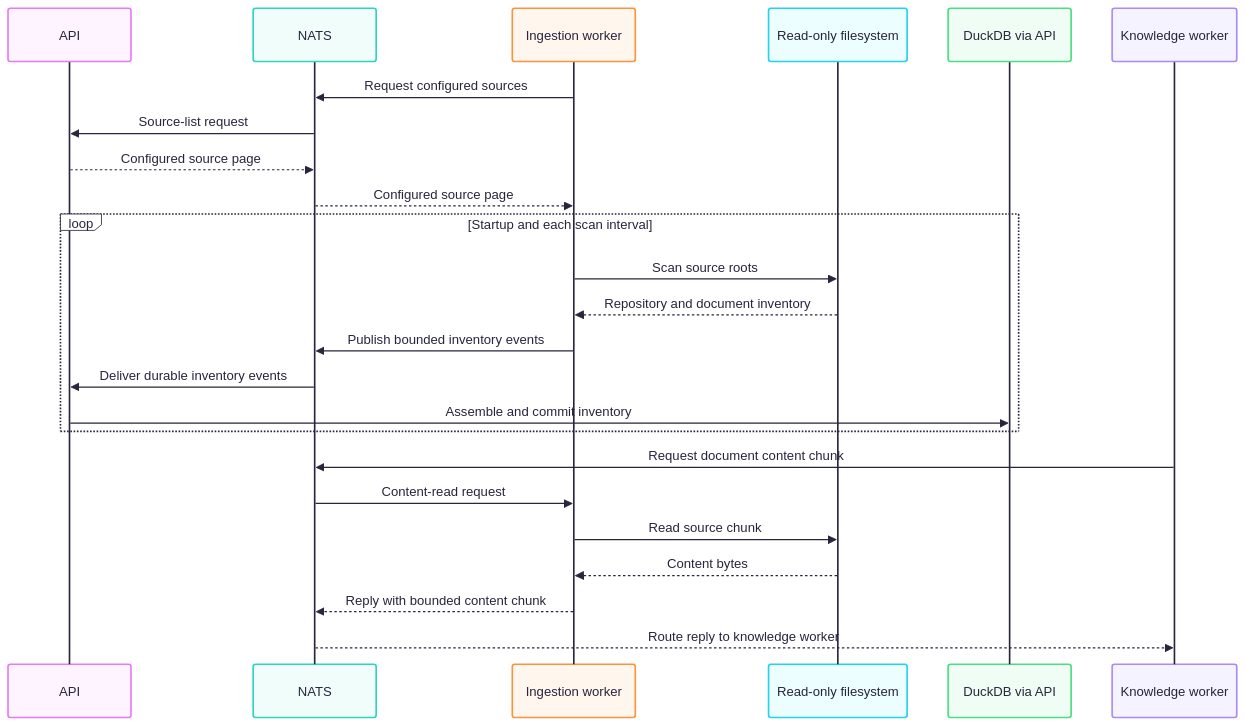
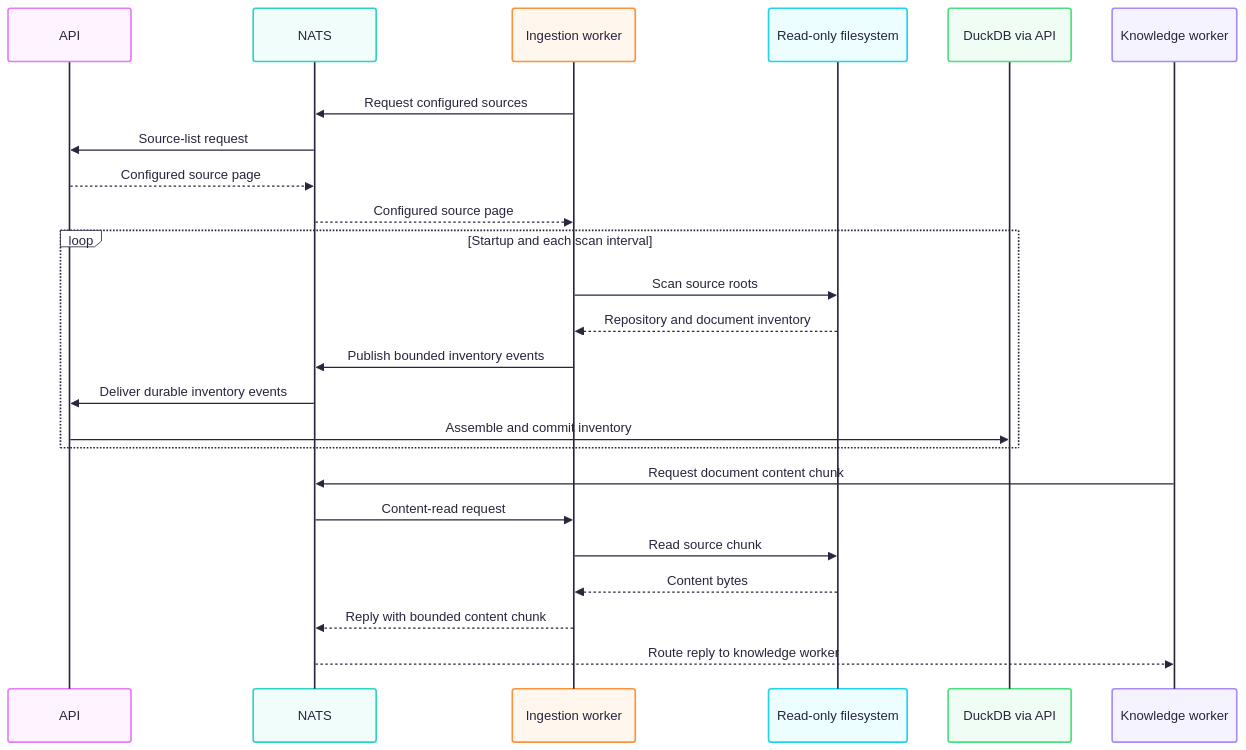
Before and after one commit to chrisob55/workspace-brain: the diagram in apps/ingestion-worker/README.md, drawn with Mermaid. The commit also changed 11 other files, not shown here.

First line of the commit message:
docs(architecture): add opaque white diagram backdrops

````diff
--- a/apps/ingestion-worker/README.md
+++ b/apps/ingestion-worker/README.md
@@ -9,32 +9,34 @@
 ```mermaid
 ---
 config:
   theme: redux-color
   themeVariables:
     background: '#ffffff'
 ---
 sequenceDiagram
   participant API as API
   participant Bus as NATS
   participant Worker as Ingestion worker
   participant FS as Read-only filesystem
   participant DB as DuckDB via API
   participant Knowledge as Knowledge worker
-  Worker->>Bus: Request configured sources
-  Bus->>API: Source-list request
-  API-->>Bus: Configured source page
-  Bus-->>Worker: Configured source page
-  loop Startup and each scan interval
-    Worker->>FS: Scan source roots
-    FS-->>Worker: Repository and document inventory
-    Worker->>Bus: Publish bounded inventory events
-    Bus->>API: Deliver durable inventory events
-    API->>DB: Assemble and commit inventory
+  rect rgb(255, 255, 255)
+    Worker->>Bus: Request configured sources
+    Bus->>API: Source-list request
+    API-->>Bus: Configured source page
+    Bus-->>Worker: Configured source page
+    loop Startup and each scan interval
+      Worker->>FS: Scan source roots
+      FS-->>Worker: Repository and document inventory
+      Worker->>Bus: Publish bounded inventory events
+      Bus->>API: Deliver durable inventory events
+      API->>DB: Assemble and commit inventory
+    end
+    Knowledge->>Bus: Request document content chunk
+    Bus->>Worker: Content-read request
+    Worker->>FS: Read source chunk
+    FS-->>Worker: Content bytes
+    Worker-->>Bus: Reply with bounded content chunk
+    Bus-->>Knowledge: Route reply to knowledge worker
   end
-  Knowledge->>Bus: Request document content chunk
-  Bus->>Worker: Content-read request
-  Worker->>FS: Read source chunk
-  FS-->>Worker: Content bytes
-  Worker-->>Bus: Reply with bounded content chunk
-  Bus-->>Knowledge: Route reply to knowledge worker
 ```
````
